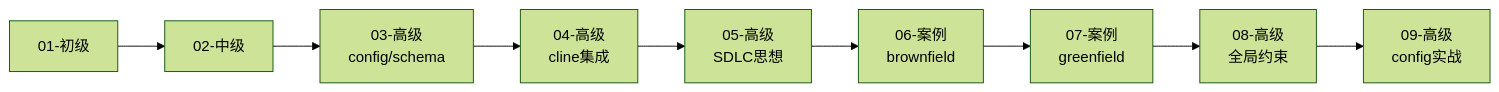
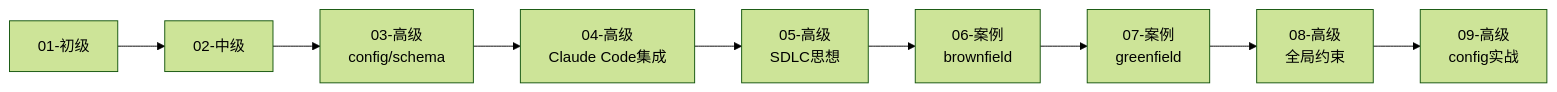
Before and after one commit to ethan-jiang-3/OpenSpec: the second of 4 diagrams in _openspec_handbook/00-index.md, drawn with Mermaid (forest theme). The commit also changed other lines of this file and 9 other files, not shown here.

````diff
--- a/_openspec_handbook/00-index.md
+++ b/_openspec_handbook/00-index.md
@@ -72,6 +72,6 @@
 ```mermaid
 graph LR
-    A[01-初级] --> B[02-中级] --> C[03-高级<br/>config/schema] --> D[04-高级<br/>cline集成]
+    A[01-初级] --> B[02-中级] --> C[03-高级<br/>config/schema] --> D[04-高级<br/>Claude Code集成]
     D --> E[05-高级<br/>SDLC思想] --> F[06-案例<br/>brownfield]
     F --> G[07-案例<br/>greenfield] --> H[08-高级<br/>全局约束] --> I[09-高级<br/>config实战]
 ```
````
